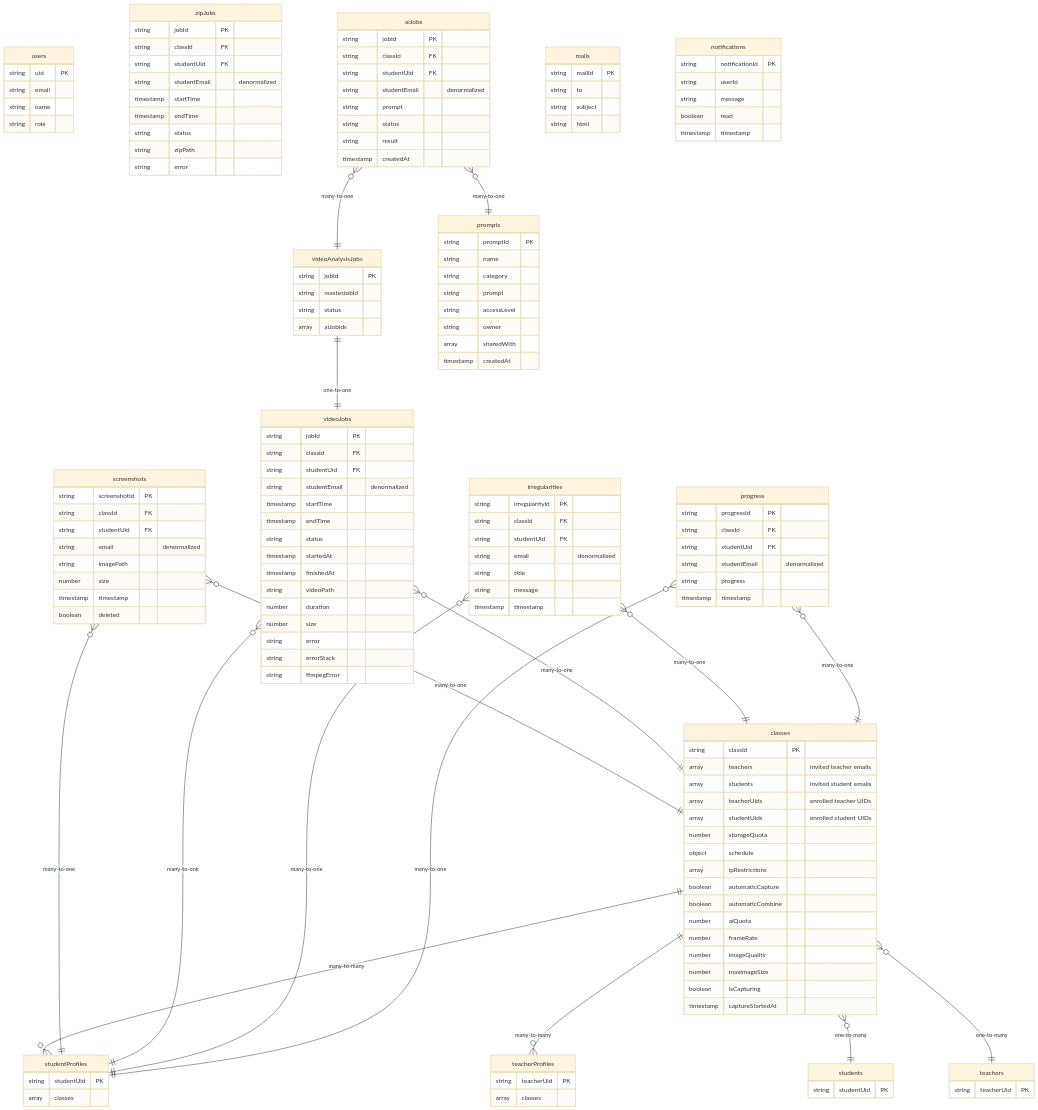
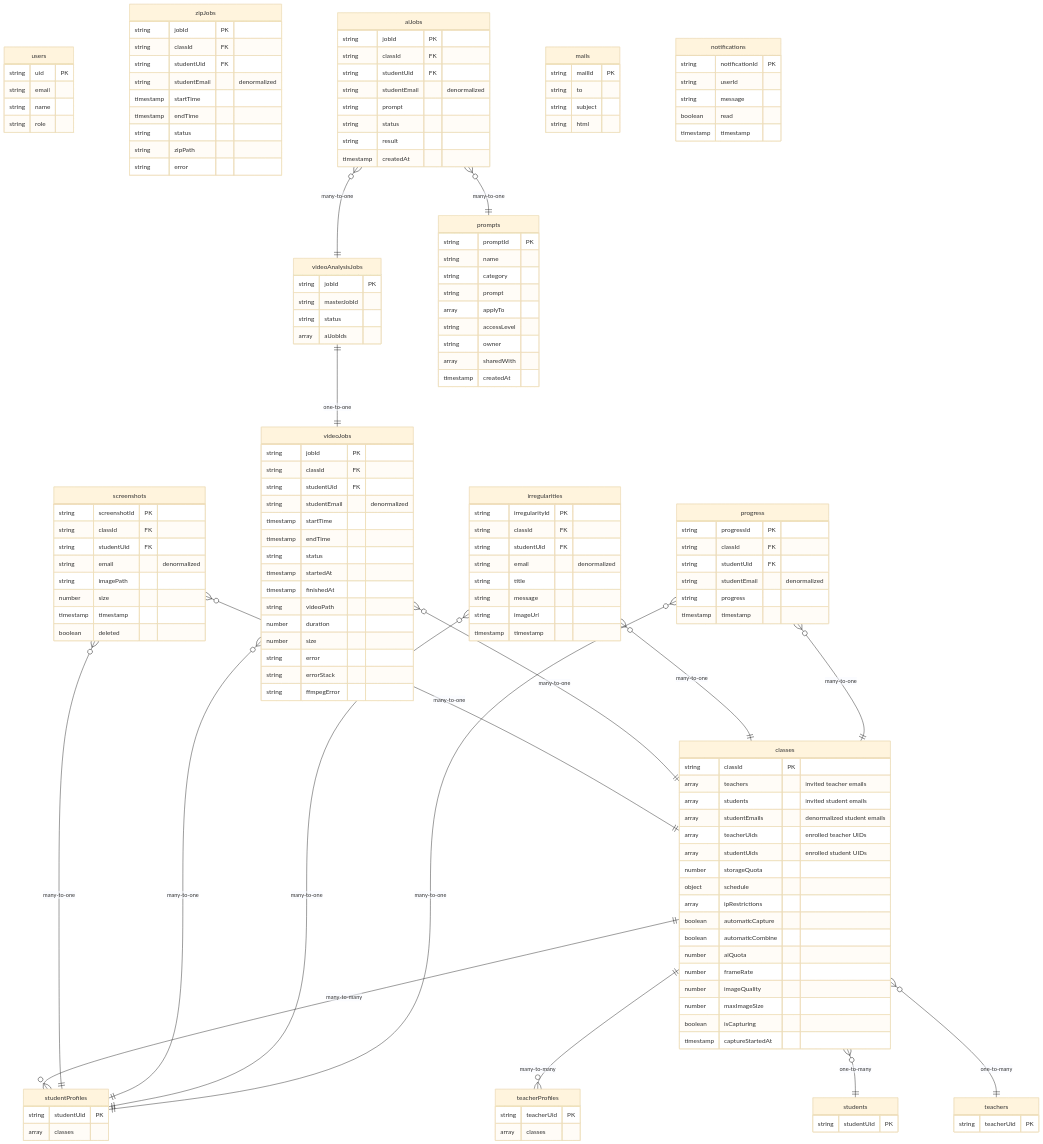
Before and after one commit to wongcyrus/Gemini-AI-Classroom-Assistant: the diagram in docs/firestore-schema.md, drawn with Mermaid (base theme). The commit also changed other lines of this file and 1 other file, not shown here.

```diff
--- a/docs/firestore-schema.md
+++ b/docs/firestore-schema.md
@@ -17,6 +17,7 @@
         string classId PK
         array teachers "invited teacher emails"
         array students "invited student emails"
+        array studentEmails "denormalized student emails"
         array teacherUids "enrolled teacher UIDs"
         array studentUids "enrolled student UIDs"
         number storageQuota
@@ -116,6 +117,7 @@
         string email "denormalized"
         string title
         string message
+        string imageUrl
         timestamp timestamp
     }
 
@@ -148,6 +150,7 @@
         string name
         string category
         string prompt
+        array applyTo
         string accessLevel
         string owner
         array sharedWith
```
